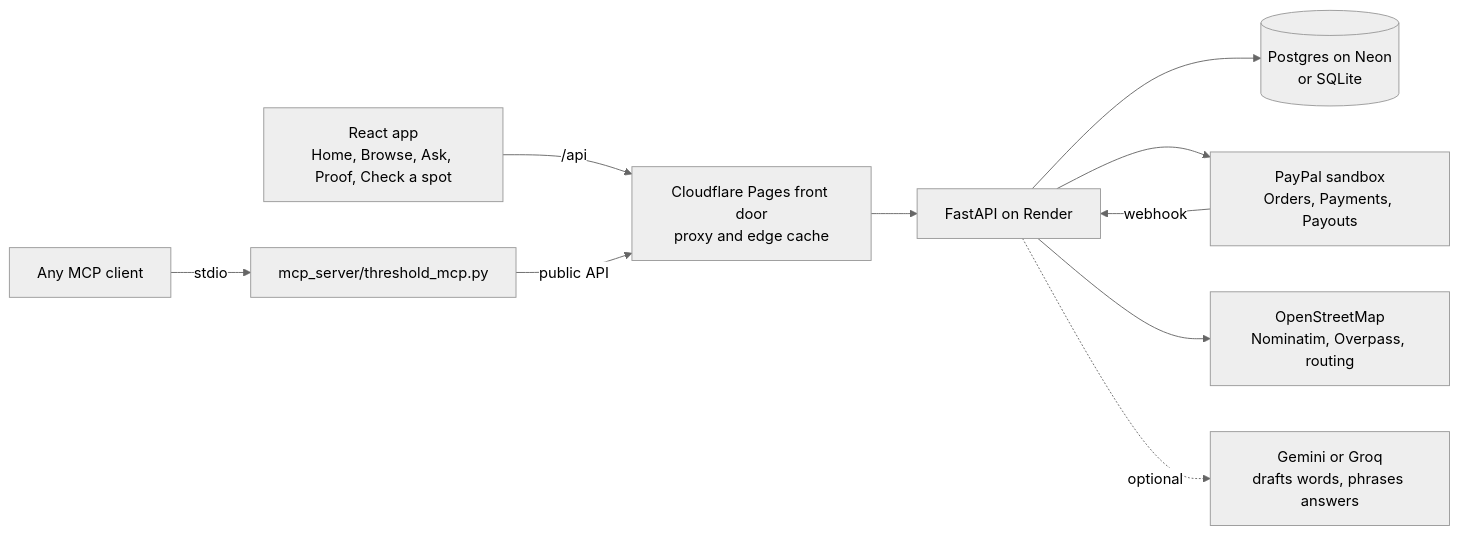
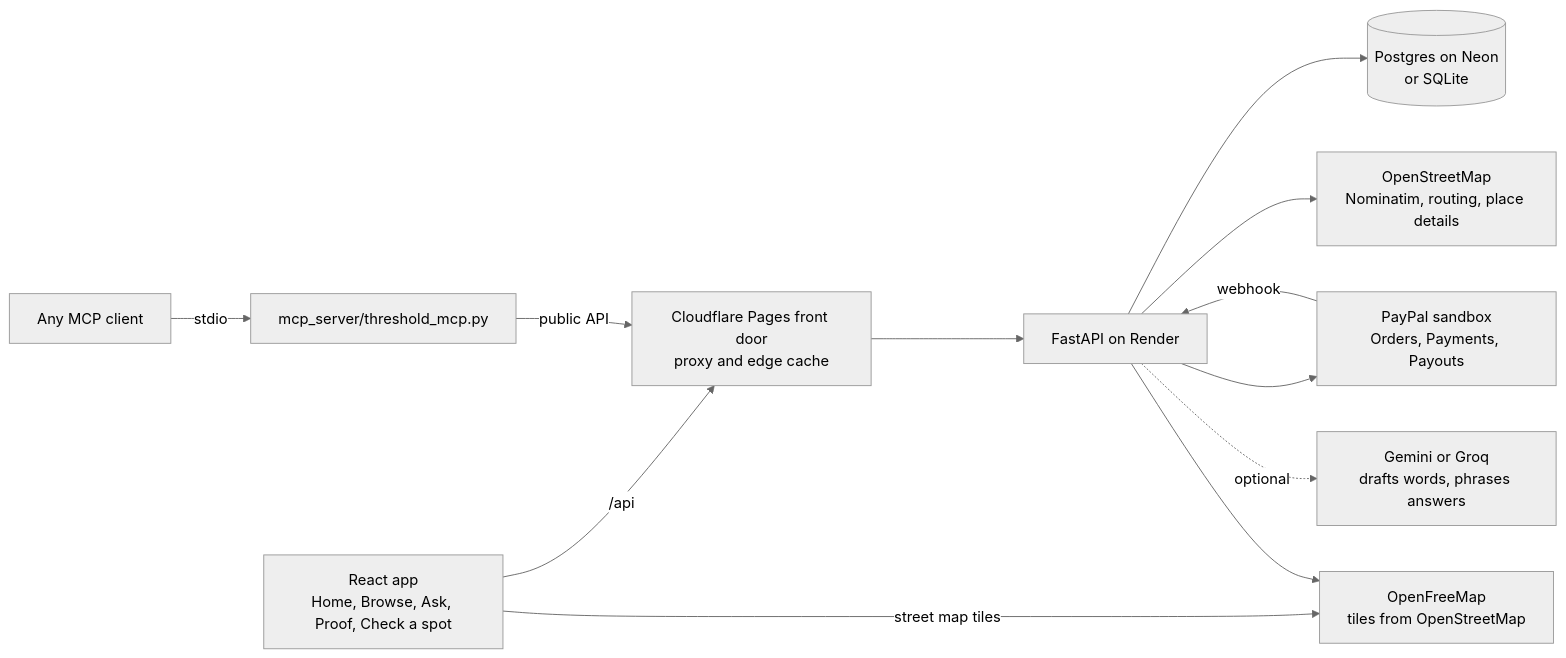
The diagram in README.md (AhmedOsamaAli/threshold), drawn with Mermaid (neutral theme) before and after one commit. The commit also changed other lines of this file and 64 other files, not shown here.

````diff
--- a/README.md
+++ b/README.md
@@ -39,12 +39,14 @@
 ```mermaid
 flowchart LR
   UI["React app<br/>Home, Browse, Ask, Proof, Check a spot"] -->|"/api"| Edge["Cloudflare Pages front door<br/>proxy and edge cache"]
+  UI -->|"street map tiles"| Tiles["OpenFreeMap<br/>tiles from OpenStreetMap"]
   Agent["Any MCP client"] -->|stdio| MCP["mcp_server/threshold_mcp.py"]
   MCP -->|public API| Edge
   Edge --> API["FastAPI on Render"]
   API --> DB[("Postgres on Neon<br/>or SQLite")]
   API --> PP["PayPal sandbox<br/>Orders, Payments, Payouts"]
   PP -->|webhook| API
-  API --> OSM["OpenStreetMap<br/>Nominatim, Overpass, routing"]
+  API --> OSM["OpenStreetMap<br/>Nominatim, routing, place details"]
+  API --> Tiles
   API -.->|optional| LLM["Gemini or Groq<br/>drafts words, phrases answers"]
 ```
````
